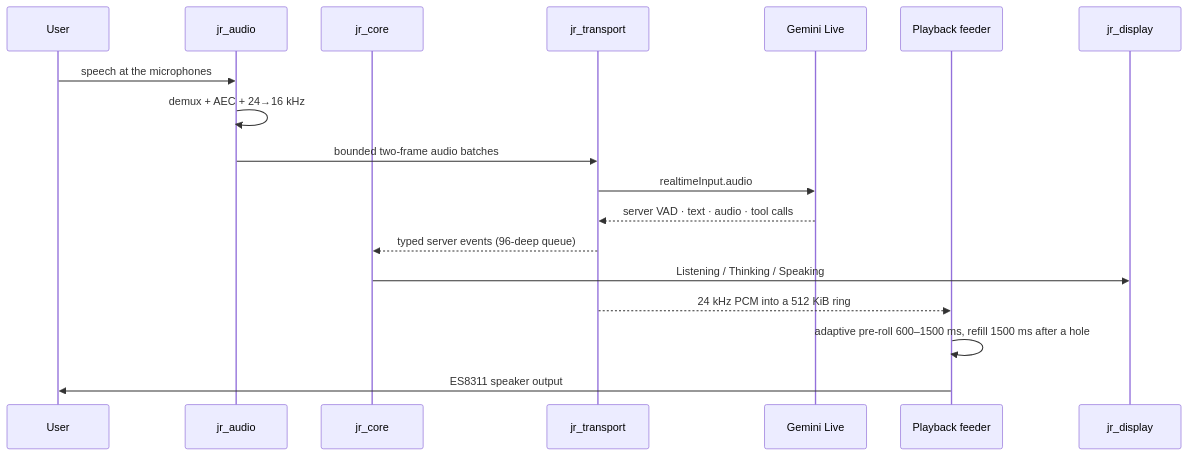
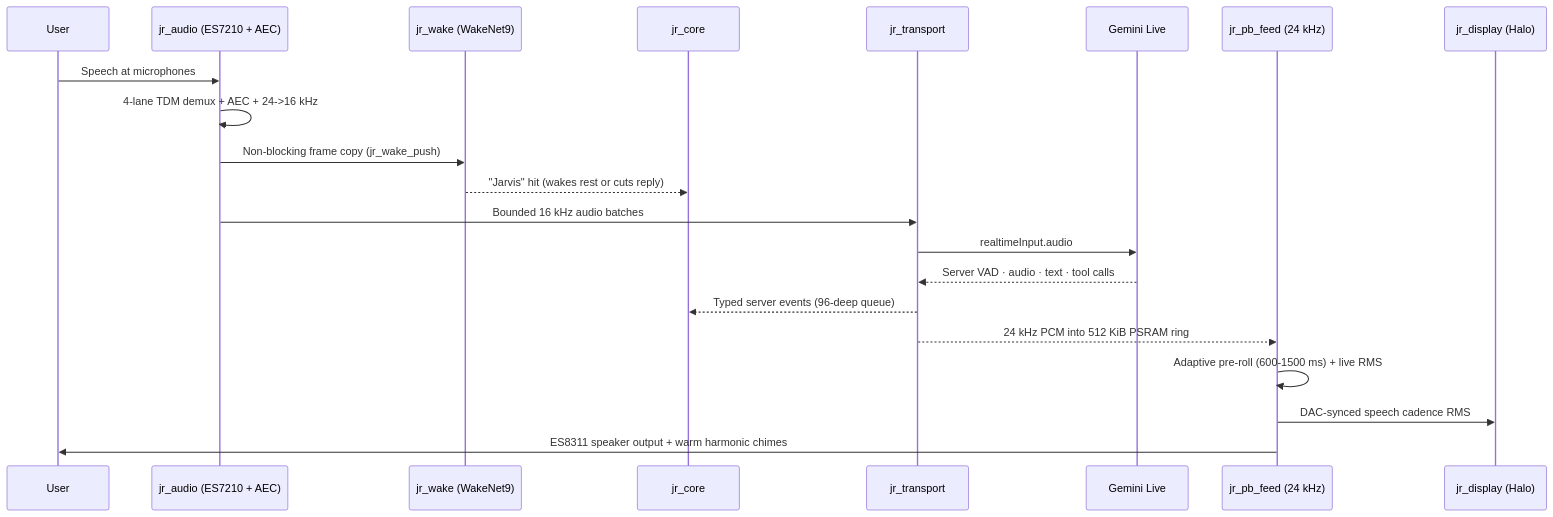
The second of 5 diagrams in docs/ARCHITECTURE.md (PascalAI2024/JarvisNano), drawn with Mermaid before and after one commit. The commit also changed other lines of this file and 27 other files, not shown here.

````diff
--- a/docs/ARCHITECTURE.md
+++ b/docs/ARCHITECTURE.md
@@ -95,21 +96,24 @@
 ```mermaid
 sequenceDiagram
     participant U as User
-    participant A as jr_audio
+    participant A as jr_audio (ES7210 + AEC)
+    participant W as jr_wake (WakeNet9)
     participant C as jr_core
     participant T as jr_transport
     participant G as Gemini Live
-    participant P as Playback feeder
-    participant D as jr_display
+    participant P as jr_pb_feed (24 kHz)
+    participant D as jr_display (Halo)
 
-    U->>A: speech at the microphones
-    A->>A: demux + AEC + 24→16 kHz
-    A->>T: bounded two-frame audio batches
+    U->>A: Speech at microphones
+    A->>A: 4-lane TDM demux + AEC + 24->16 kHz
+    A->>W: Non-blocking frame copy (jr_wake_push)
+    W-->>C: "Jarvis" hit (wakes rest or cuts reply)
+    A->>T: Bounded 16 kHz audio batches
     T->>G: realtimeInput.audio
-    G-->>T: server VAD · text · audio · tool calls
-    T-->>C: typed server events (96-deep queue)
-    C->>D: Listening / Thinking / Speaking
-    T-->>P: 24 kHz PCM into a 512 KiB ring
-    P->>P: adaptive pre-roll 600–1500 ms, refill 1500 ms after a hole
-    P->>U: ES8311 speaker output
+    G-->>T: Server VAD · audio · text · tool calls
+    T-->>C: Typed server events (96-deep queue)
+    T-->>P: 24 kHz PCM into 512 KiB PSRAM ring
+    P->>P: Adaptive pre-roll (600-1500 ms) + live RMS
+    P->>D: DAC-synced speech cadence RMS
+    P->>U: ES8311 speaker output + warm harmonic chimes
 ```
````
